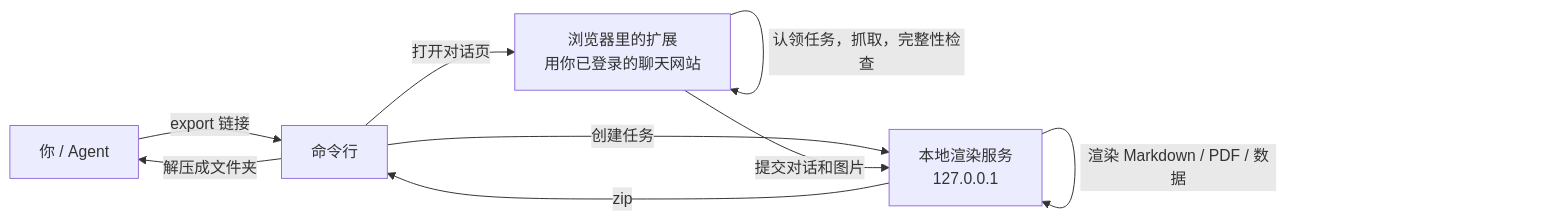
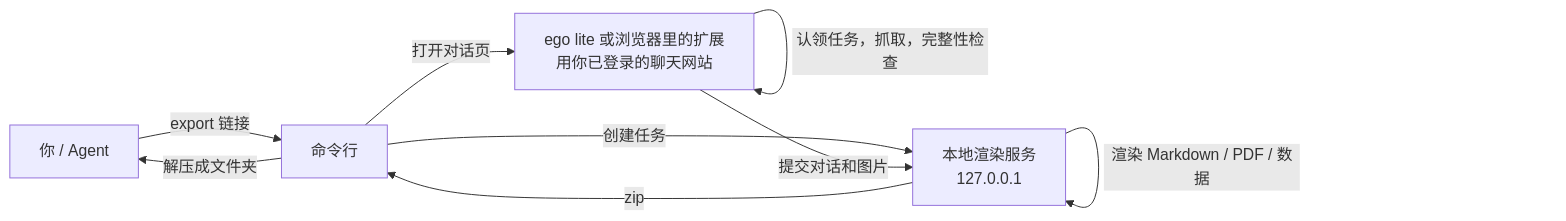
The diagram in README.zh-CN.md (amethyst-cosmos/convo-vault), drawn with Mermaid before and after one commit. The commit also changed other lines of this file and 19 other files, not shown here.

First line of the commit message:
docs: include ego lite wherever the extension was the only way (0.16.4)

````diff
--- a/README.zh-CN.md
+++ b/README.zh-CN.md
@@ -140,11 +140,11 @@
 ```mermaid
 flowchart LR
     A["你 / Agent"] -->|"export 链接"| B["命令行"]
     B -->|"创建任务"| C["本地渲染服务<br/>127.0.0.1"]
-    B -->|"打开对话页"| D["浏览器里的扩展<br/>用你已登录的聊天网站"]
+    B -->|"打开对话页"| D["ego lite 或浏览器里的扩展<br/>用你已登录的聊天网站"]
     D -->|"认领任务，抓取，完整性检查"| D
     D -->|"提交对话和图片"| C
     C -->|"渲染 Markdown / PDF / 数据"| C
     C -->|"zip"| B
     B -->|"解压成文件夹"| A
 ```
````
